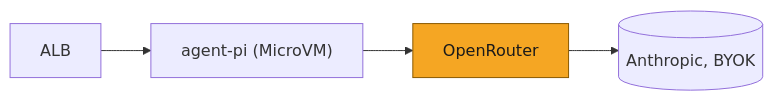
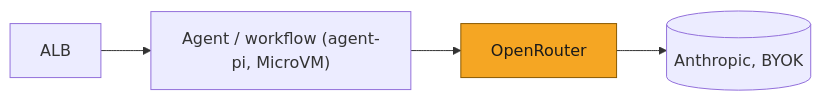
One commit to Solstice-Health/engineering-specs changed the fourth of 4 diagrams in plans/SOL-2933-openrouter-inference-gateway.md. Above: the diagram before and after it, drawn with Mermaid. The commit also changed other lines of this file, not shown here.

First line of the commit message:
Frame the gateway and config convention as agent-agnostic

````diff
--- a/plans/SOL-2933-openrouter-inference-gateway.md
+++ b/plans/SOL-2933-openrouter-inference-gateway.md
@@ -175,7 +180,7 @@
 ```mermaid
 flowchart LR
     classDef delta fill:#F5A623,stroke:#8A5A00,color:#1A1A1A
-    ALB["ALB"] --> Pi["agent-pi (MicroVM)"]
+    ALB["ALB"] --> Pi["Agent / workflow (agent-pi, MicroVM)"]
     Pi --> OR["OpenRouter"]:::delta
     OR --> A[("Anthropic, BYOK")]
 ```
````
